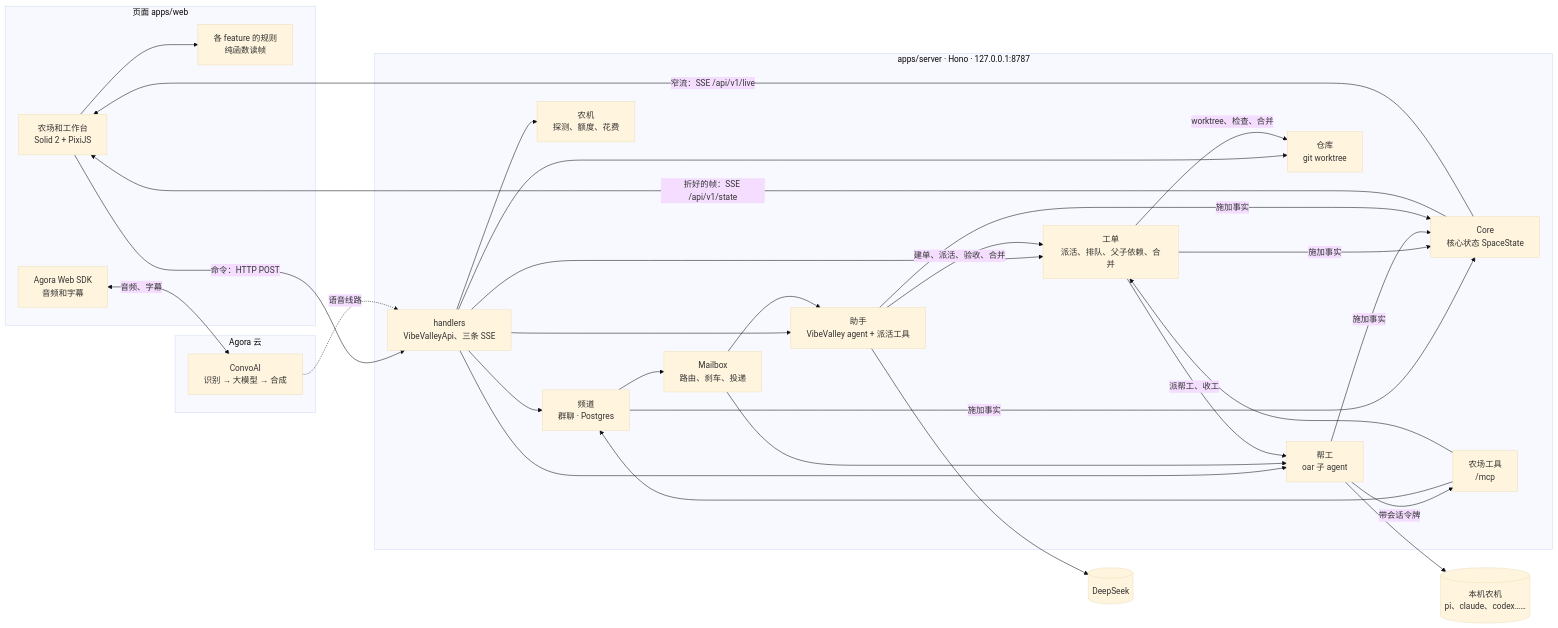
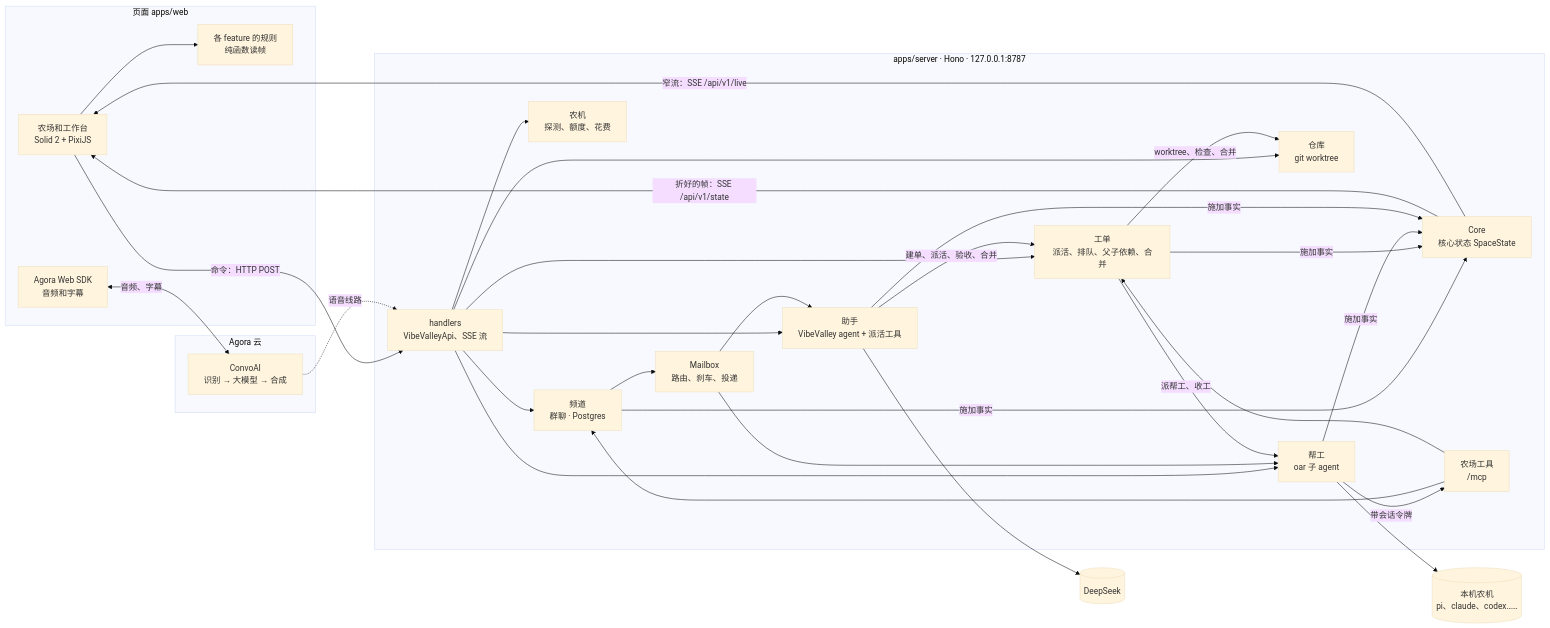
One commit to vibevalleyhq/vibevalley changed the diagram in docs/architecture.md. Above: the diagram before and after it, drawn with Mermaid (base theme). The commit also changed other lines of this file and 72 other files, not shown here.

````diff
--- a/docs/architecture.md
+++ b/docs/architecture.md
@@ -5,46 +5,46 @@
 ```mermaid
 flowchart LR
   subgraph Page[页面 apps/web]
     UI[农场和工作台<br/>Solid 2 + PixiJS]
     RULES[各 feature 的规则<br/>纯函数读帧]
     RTC[Agora Web SDK<br/>音频和字幕]
   end
 
   subgraph Server[apps/server · Hono · 127.0.0.1:8787]
-    API[handlers<br/>VibeValleyApi、三条 SSE]
+    API[handlers<br/>VibeValleyApi、SSE 流]
     SITE[Core<br/>核心状态 SpaceState]
     FM[助手<br/>VibeValley agent + 派活工具]
     CHAT[频道<br/>群聊 · Postgres]
     MB[Mailbox<br/>路由、刹车、投递]
     TK[工单<br/>派活、排队、父子依赖、合并]
     CREW[帮工<br/>oar 子 agent]
     PRJ[仓库<br/>git worktree]
     RT[农机<br/>探测、额度、花费]
     MCP[农场工具<br/>/mcp]
   end
 
   subgraph Agora[Agora 云]
     CAI[ConvoAI<br/>识别 → 大模型 → 合成]
   end
 
   AGENTS[(本机农机<br/>pi、claude、codex……)]
   DS[(DeepSeek)]
 
   UI --> RULES
   UI -->|命令：HTTP POST| API
   SITE -->|折好的帧：SSE /api/v1/state| UI
   SITE -->|窄流：SSE /api/v1/live| UI
   API --> CHAT & FM & TK & CREW & PRJ & RT
   CHAT --> MB
   MB --> FM & CREW
   CREW -->|带会话令牌| MCP
   MCP --> CHAT & TK
   FM -->|建单、派活、验收、合并| TK
   TK -->|派帮工、收工| CREW
   TK -->|worktree、检查、合并| PRJ
   CREW --> AGENTS
   FM --> DS
   CHAT & TK & CREW & FM -->|施加事实| SITE
   RTC <-->|音频、字幕| CAI
   CAI -.->|语音线路| API
 ```
````
